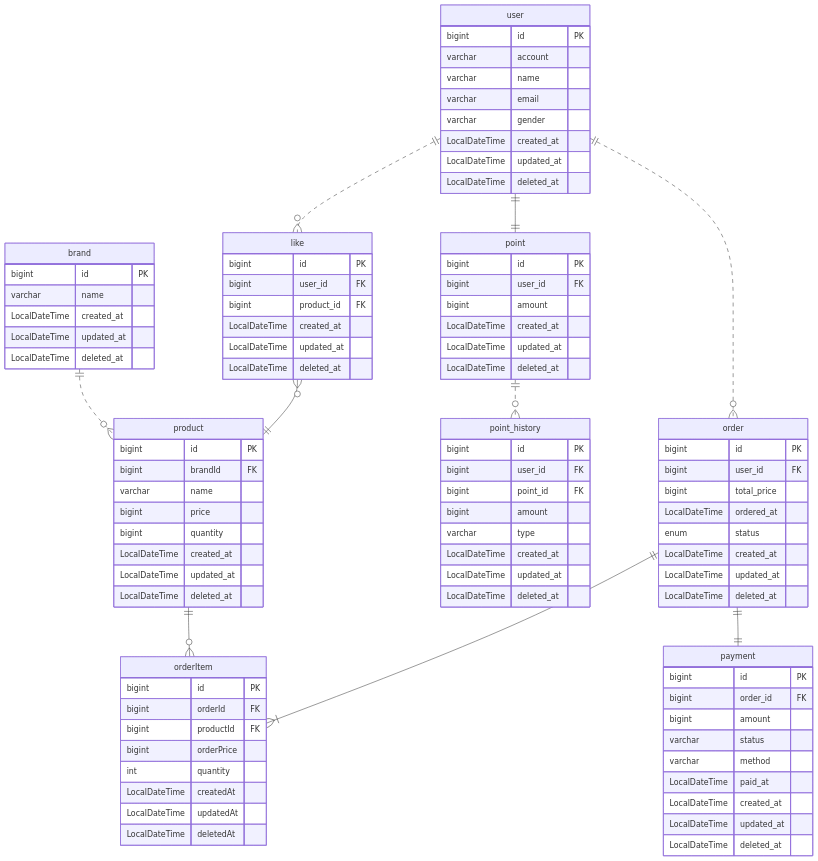
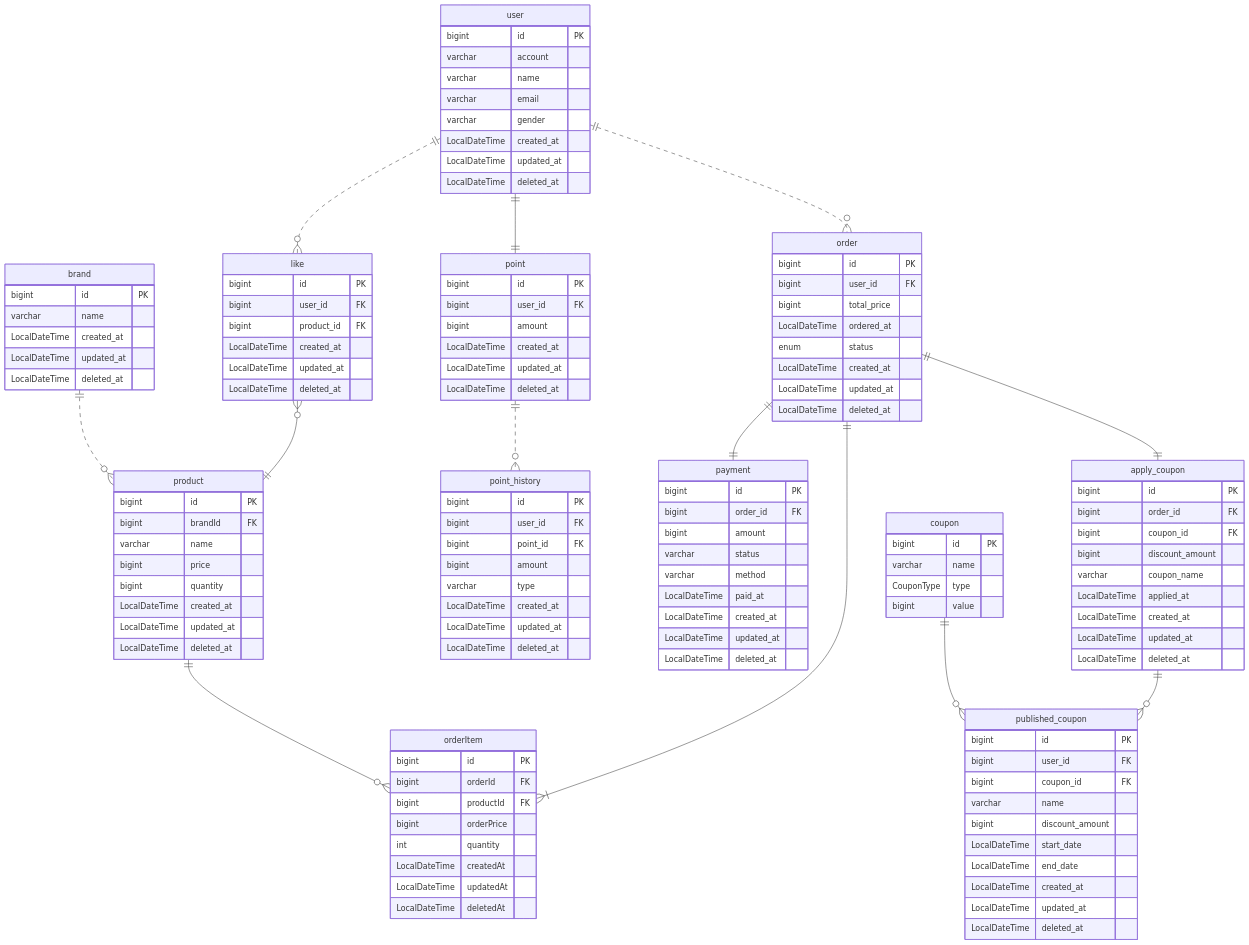
Before and after one commit to moonjin-kim/door-commerce: the diagram in docs/design/04-erd.md, drawn with Mermaid. The commit also changed 2 other files, not shown here.

Commit message:
doc: 설계서에 쿠폰 추가

````diff
--- a/docs/design/04-erd.md
+++ b/docs/design/04-erd.md
@@ -84,6 +84,35 @@
         LocalDateTime updatedAt
         LocalDateTime deletedAt 
     }
+    apply_coupon {
+        bigint id PK
+        bigint order_id FK
+        bigint coupon_id FK
+        bigint discount_amount
+        varchar coupon_name
+        LocalDateTime applied_at
+        LocalDateTime created_at
+        LocalDateTime updated_at
+        LocalDateTime deleted_at
+    }
+    published_coupon {
+        bigint id PK
+        bigint user_id FK
+        bigint coupon_id FK
+        varchar name
+        bigint discount_amount
+        LocalDateTime start_date
+        LocalDateTime end_date
+        LocalDateTime created_at
+        LocalDateTime updated_at
+        LocalDateTime deleted_at
+    }
+    coupon {
+        bigint id PK
+        varchar name
+        CouponType type
+        bigint value
+    }
 
     user ||..o{ like : ""
     user ||..o{ order : ""
@@ -94,5 +123,10 @@
     like }o--|| product : ""
     order ||--|{ orderItem : ""
     order ||--|| payment : ""
+    order ||--|| apply_coupon : ""
+    coupon ||--o{ published_coupon : ""
+    apply_coupon ||--o{ published_coupon : ""
+    
+    
     
 ```
````
